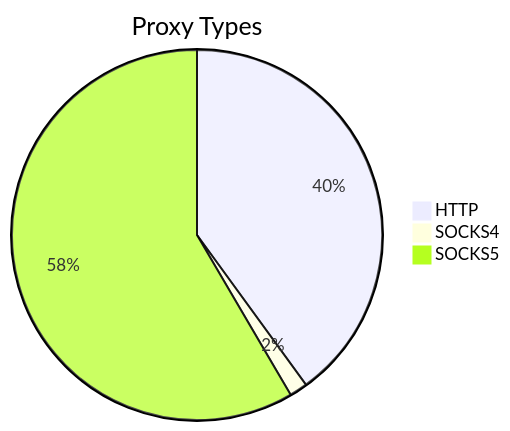
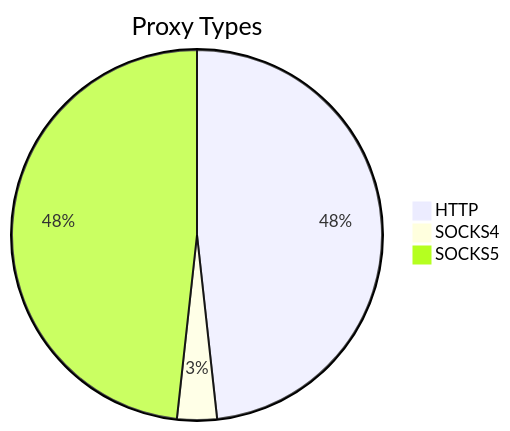
One commit to stormsia/proxy-list changed the first of 2 diagrams in README.md. Above: the diagram before and after it, drawn with Mermaid. The commit also changed other lines of this file, not shown here.

````diff
--- a/README.md
+++ b/README.md
@@ -21,6 +21,6 @@
 ```mermaid
 pie title Proxy Types
-    "HTTP" : 609
-    "SOCKS4" : 24
-    "SOCKS5" : 890
+    "HTTP" : 514
+    "SOCKS4" : 37
+    "SOCKS5" : 514
 ```
````
